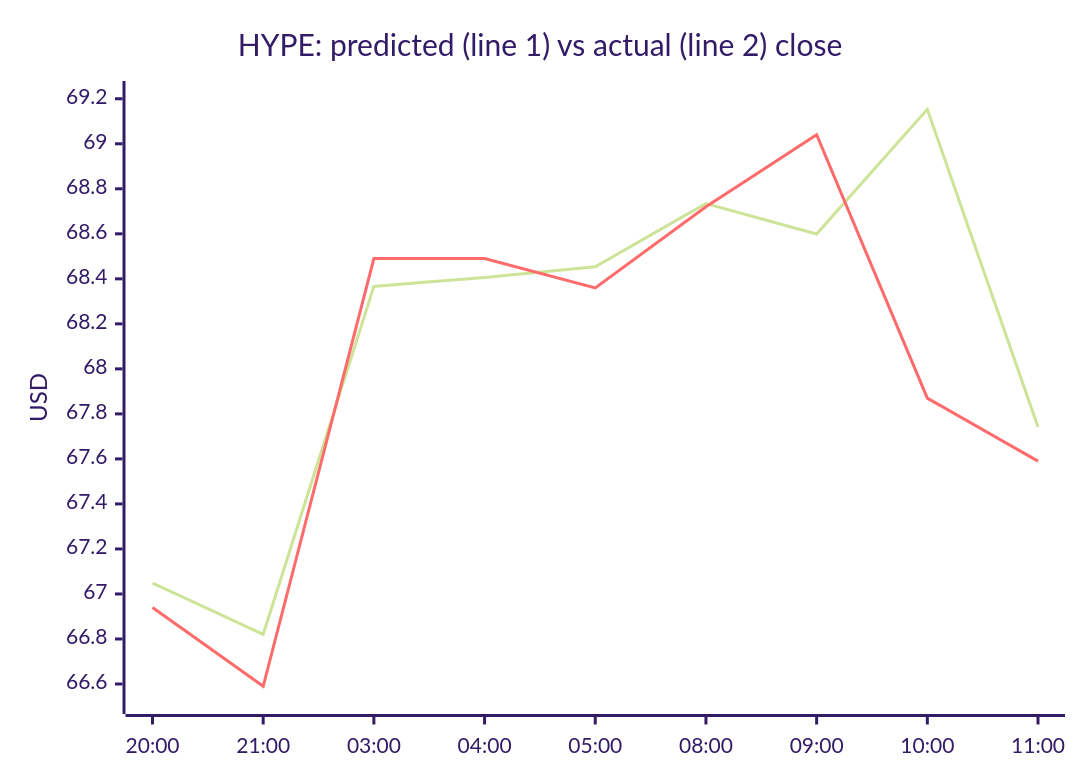
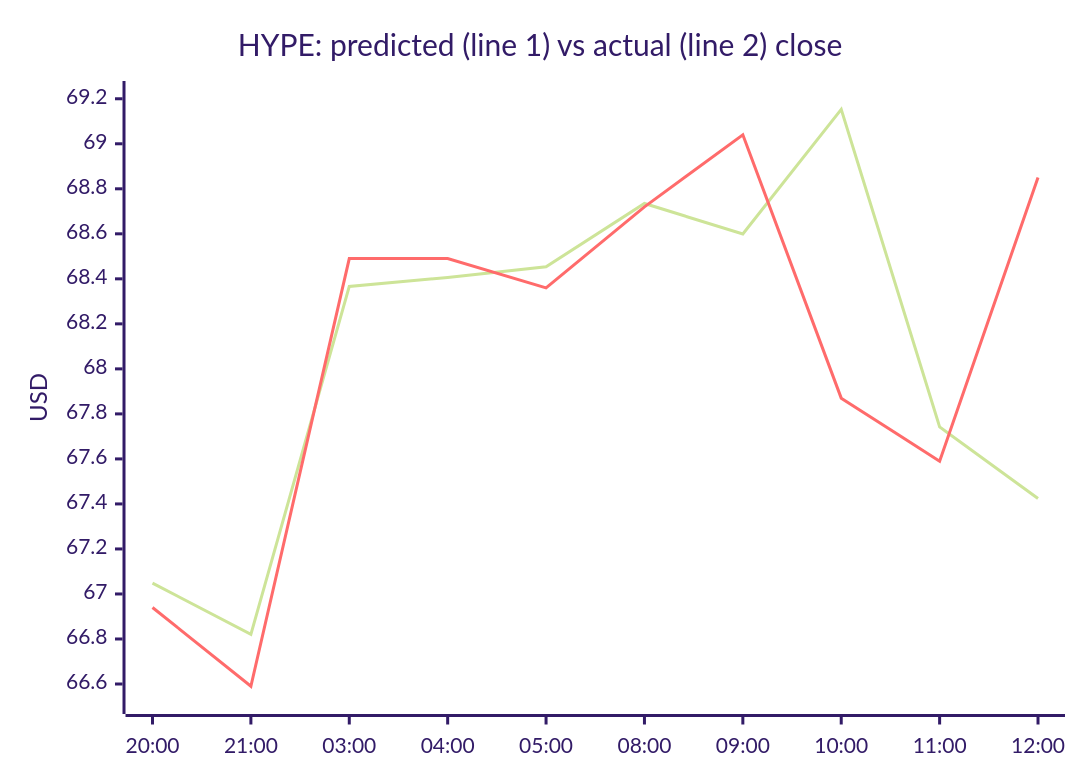
The fourth of 4 diagrams in README.md (samuelkreitl-wq/crypto-hourly-forecaster), drawn with Mermaid (forest theme) before and after one commit. The commit also changed other lines of this file and 14 other files, not shown here.

````diff
--- a/README.md
+++ b/README.md
@@ -65,8 +65,8 @@
 ```mermaid
 xychart-beta
     title "HYPE: predicted (line 1) vs actual (line 2) close"
-    x-axis ["20:00", "21:00", "03:00", "04:00", "05:00", "08:00", "09:00", "10:00", "11:00"]
+    x-axis ["20:00", "21:00", "03:00", "04:00", "05:00", "08:00", "09:00", "10:00", "11:00", "12:00"]
     y-axis "USD" 66.5234 --> 69.2223
-    line [67.0484, 66.8208, 68.3664, 68.4064, 68.4537, 68.7347, 68.5994, 69.1532, 67.7420]
-    line [66.9400, 66.5900, 68.4900, 68.4900, 68.3600, 68.7200, 69.0400, 67.8700, 67.5900]
+    line [67.0484, 66.8208, 68.3664, 68.4064, 68.4537, 68.7347, 68.5994, 69.1532, 67.7420, 67.4244]
+    line [66.9400, 66.5900, 68.4900, 68.4900, 68.3600, 68.7200, 69.0400, 67.8700, 67.5900, 68.8500]
 ```
````
